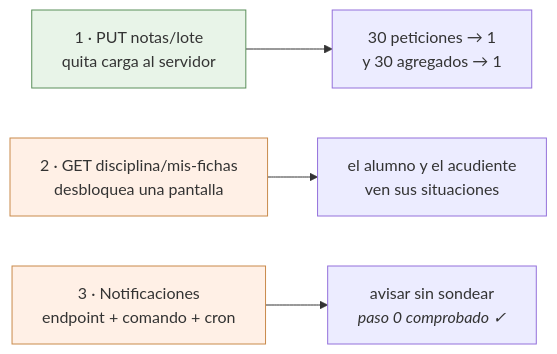
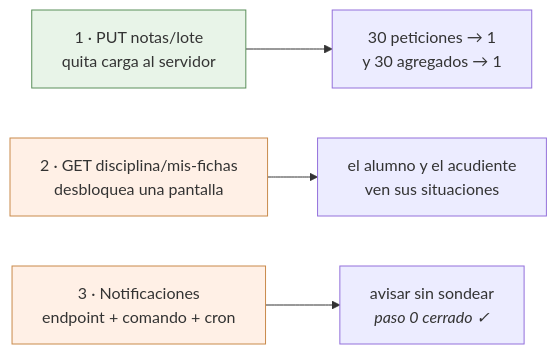
The diagram in docs/backend-pendiente.md (bluesky777/myvc_flutter), drawn with Mermaid before and after one commit. The commit also changed other lines of this file and 2 other files, not shown here.

First line of the commit message:
docs(notificaciones): el cron dispara — paso 0 cerrado

````diff
--- a/docs/backend-pendiente.md
+++ b/docs/backend-pendiente.md
@@ -11,10 +11,10 @@
 ```mermaid
 flowchart LR
     A["1 · PUT notas/lote<br/>quita carga al servidor"] --> A1["30 peticiones → 1<br/>y 30 agregados → 1"]
     B["2 · GET disciplina/mis-fichas<br/>desbloquea una pantalla"] --> B1["el alumno y el acudiente<br/>ven sus situaciones"]
-    C["3 · Notificaciones<br/>endpoint + comando + cron"] --> C1["avisar sin sondear<br/><i>paso 0 comprobado ✓</i>"]
+    C["3 · Notificaciones<br/>endpoint + comando + cron"] --> C1["avisar sin sondear<br/><i>paso 0 cerrado ✓</i>"]
 
     style A fill:#e8f4e8,stroke:#5a8f5a
     style B fill:#fff0e6,stroke:#c98a4b
     style C fill:#fff0e6,stroke:#c98a4b
 ```
````
